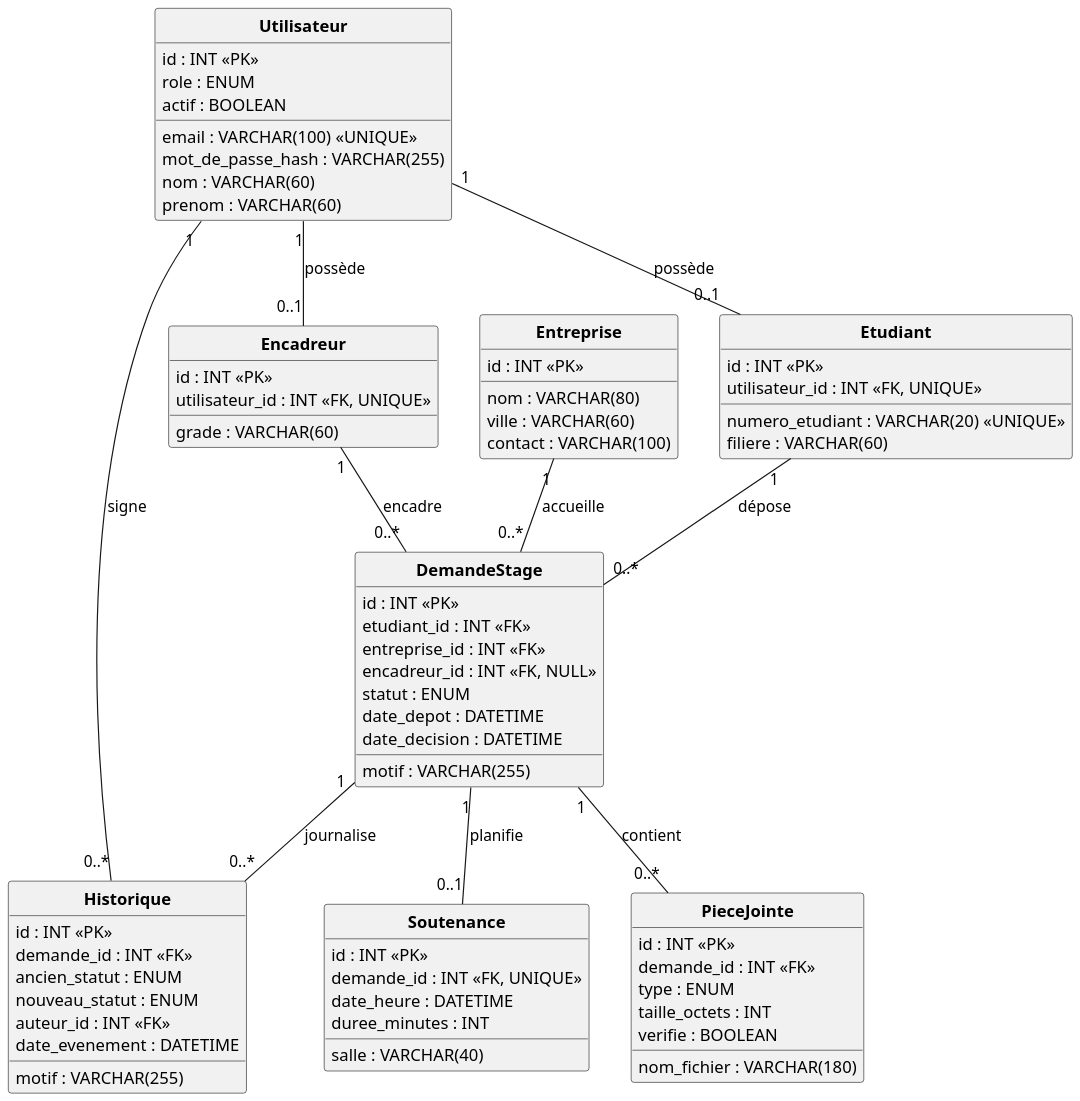
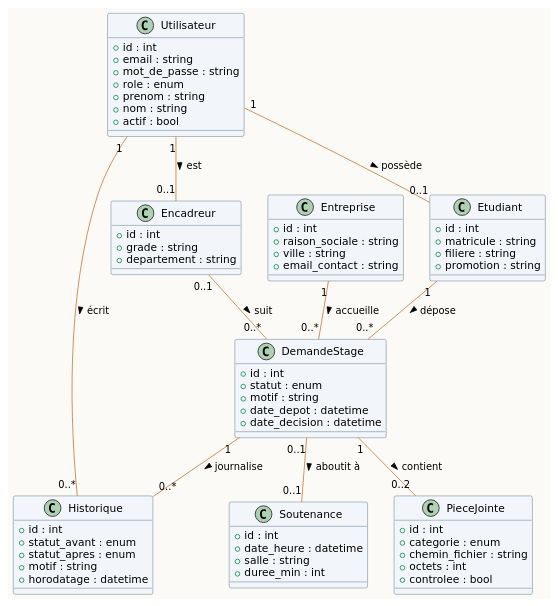
The diagram in tp3/classes.puml (aspic36/tp-projet-info2), drawn with PlantUML before and after one commit. The commit also changed 9 other files, not shown here.

```diff
--- a/tp3/classes.puml
+++ b/tp3/classes.puml
@@ -1,79 +1,76 @@
 @startuml
-skinparam dpi 150
+' Modèle de classes — entités imposées par le cours, dessin et cardinalités revisités
+skinparam backgroundColor #FBFAF7
 skinparam shadowing false
-skinparam defaultFontName SansSerif
-hide circle
-skinparam classAttributeIconSize 0
-skinparam classFontStyle bold
+skinparam defaultFontName "DejaVu Sans"
+skinparam arrowColor #C96F28
+skinparam class {
+  BorderColor #38506B
+  BackgroundColor #F2F6FA
+}
+top to bottom direction
 
 class Utilisateur {
-  id : INT <<PK>>
-  email : VARCHAR(100) <<UNIQUE>>
-  mot_de_passe_hash : VARCHAR(255)
-  role : ENUM
-  nom : VARCHAR(60)
-  prenom : VARCHAR(60)
-  actif : BOOLEAN
+  +id : int
+  +email : string
+  +mot_de_passe : string
+  +role : enum
+  +prenom : string
+  +nom : string
+  +actif : bool
 }
 class Etudiant {
-  id : INT <<PK>>
-  utilisateur_id : INT <<FK, UNIQUE>>
-  numero_etudiant : VARCHAR(20) <<UNIQUE>>
-  filiere : VARCHAR(60)
+  +id : int
+  +matricule : string
+  +filiere : string
+  +promotion : string
 }
 class Encadreur {
-  id : INT <<PK>>
-  utilisateur_id : INT <<FK, UNIQUE>>
-  grade : VARCHAR(60)
+  +id : int
+  +grade : string
+  +departement : string
 }
 class Entreprise {
-  id : INT <<PK>>
-  nom : VARCHAR(80)
-  ville : VARCHAR(60)
-  contact : VARCHAR(100)
+  +id : int
+  +raison_sociale : string
+  +ville : string
+  +email_contact : string
 }
 class DemandeStage {
-  id : INT <<PK>>
-  etudiant_id : INT <<FK>>
-  entreprise_id : INT <<FK>>
-  encadreur_id : INT <<FK, NULL>>
-  statut : ENUM
-  motif : VARCHAR(255)
-  date_depot : DATETIME
-  date_decision : DATETIME
+  +id : int
+  +statut : enum
+  +motif : string
+  +date_depot : datetime
+  +date_decision : datetime
 }
 class PieceJointe {
-  id : INT <<PK>>
-  demande_id : INT <<FK>>
-  type : ENUM
-  nom_fichier : VARCHAR(180)
-  taille_octets : INT
-  verifie : BOOLEAN
+  +id : int
+  +categorie : enum
+  +chemin_fichier : string
+  +octets : int
+  +controlee : bool
 }
 class Historique {
-  id : INT <<PK>>
-  demande_id : INT <<FK>>
-  ancien_statut : ENUM
-  nouveau_statut : ENUM
-  auteur_id : INT <<FK>>
-  motif : VARCHAR(255)
-  date_evenement : DATETIME
+  +id : int
+  +statut_avant : enum
+  +statut_apres : enum
+  +motif : string
+  +horodatage : datetime
 }
 class Soutenance {
-  id : INT <<PK>>
-  demande_id : INT <<FK, UNIQUE>>
-  date_heure : DATETIME
-  salle : VARCHAR(40)
-  duree_minutes : INT
+  +id : int
+  +date_heure : datetime
+  +salle : string
+  +duree_min : int
 }
 
-Utilisateur "1" -- "0..1" Etudiant : possède
-Utilisateur "1" -- "0..1" Encadreur : possède
-Etudiant "1" -- "0..*" DemandeStage : dépose
-Entreprise "1" -- "0..*" DemandeStage : accueille
-Encadreur "1" -- "0..*" DemandeStage : encadre
-DemandeStage "1" -- "0..*" PieceJointe : contient
-DemandeStage "1" -- "0..*" Historique : journalise
-Utilisateur "1" -- "0..*" Historique : signe
-DemandeStage "1" -- "0..1" Soutenance : planifie
+Utilisateur "1" -- "0..1" Etudiant : possède >
+Utilisateur "1" -- "0..1" Encadreur : est >
+Utilisateur "1" -- "0..*" Historique : écrit >
+Etudiant "1" -- "0..*" DemandeStage : dépose >
+Entreprise "1" -- "0..*" DemandeStage : accueille >
+Encadreur "0..1" -- "0..*" DemandeStage : suit >
+DemandeStage "1" -- "0..2" PieceJointe : contient >
+DemandeStage "1" -- "0..*" Historique : journalise >
+DemandeStage "0..1" -- "0..1" Soutenance : aboutit à >
 @enduml
```
